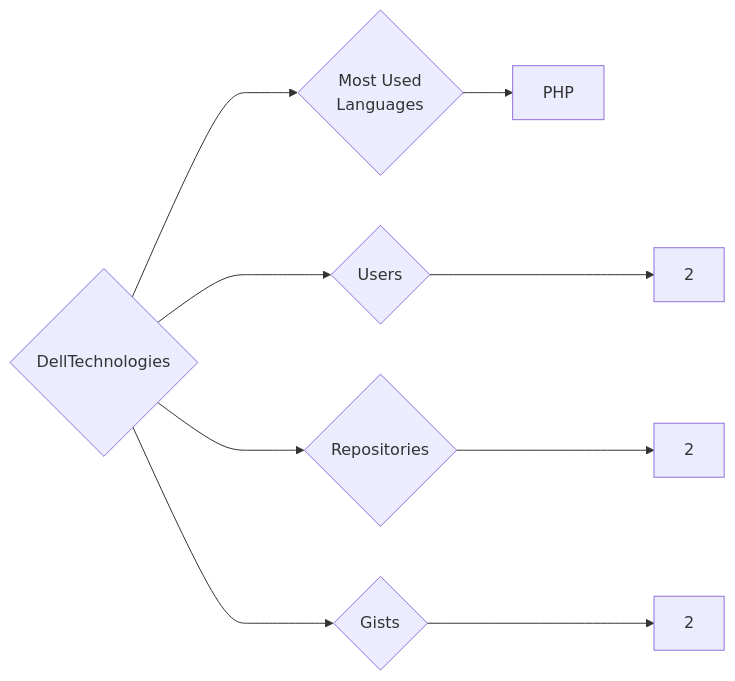
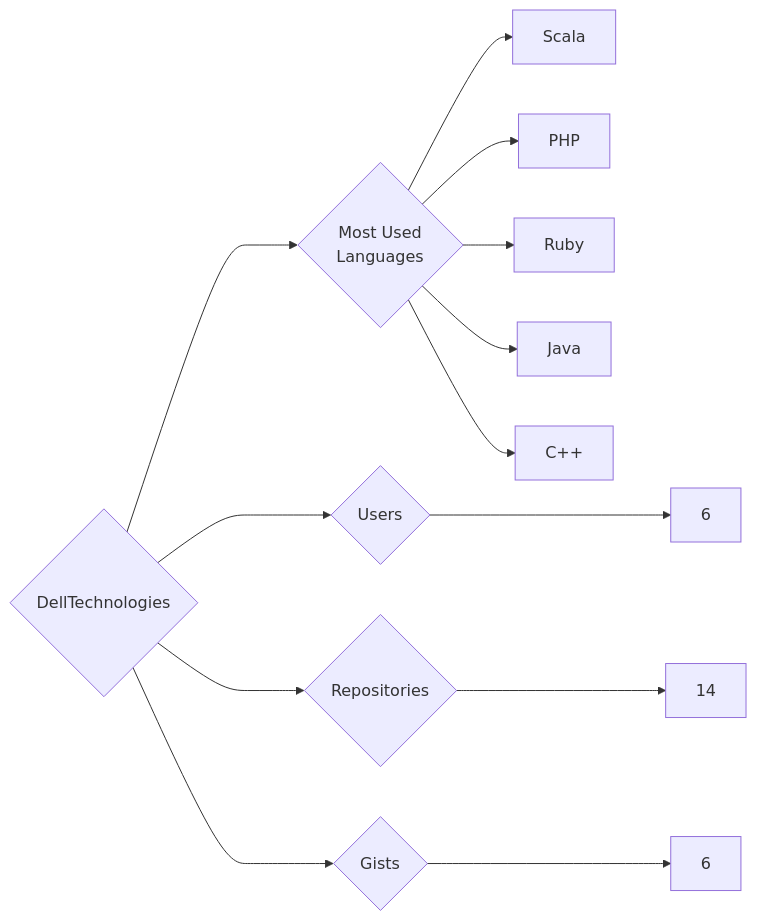
Before and after one commit to trickest/insiders: the diagram in targets/DellTechnologies/README.md, drawn with Mermaid. The commit also changed 1167 other files, not shown here.

````diff
--- a/targets/DellTechnologies/README.md
+++ b/targets/DellTechnologies/README.md
@@ -3,9 +3,13 @@
 ```mermaid
 graph LR
 COMPANY_NAME{DellTechnologies}
-COMPANY_NAME ---> U{Users} ---> UN[2]
-COMPANY_NAME ---> R{Repositories} ---> RN[2]
-COMPANY_NAME ---> G{Gists} ---> GN[2]
+COMPANY_NAME ---> U{Users} ---> UN[6]
+COMPANY_NAME ---> R{Repositories} ---> RN[14]
+COMPANY_NAME ---> G{Gists} ---> GN[6]
 COMPANY_NAME ---> ML{Most Used<br>Languages}
+ML --> Scala[Scala]
 ML --> PHP[PHP]
+ML --> Ruby[Ruby]
+ML --> Java[Java]
+ML --> C++[C++]
 ```
````
